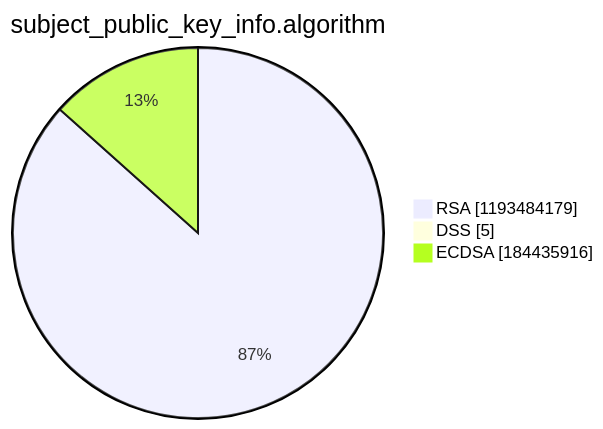
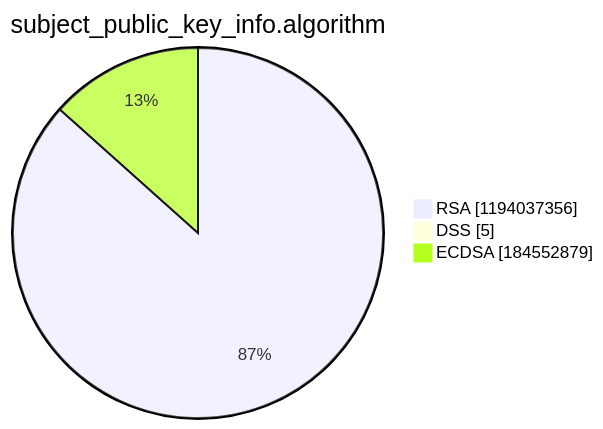
The third of 15 diagrams in argon2022/README.md (christiankrug/ctmonitor_visualization), drawn with Mermaid before and after one commit. The commit also changed other lines of this file, not shown here.

````diff
--- a/argon2022/README.md
+++ b/argon2022/README.md
@@ -14,7 +14,7 @@
 ```mermaid
 pie showData
 title subject_public_key_info.algorithm
-"RSA" :1193484179
+"RSA" :1194037356
 "DSS" :5
-"ECDSA" :184435916
+"ECDSA" :184552879
 ```
````
